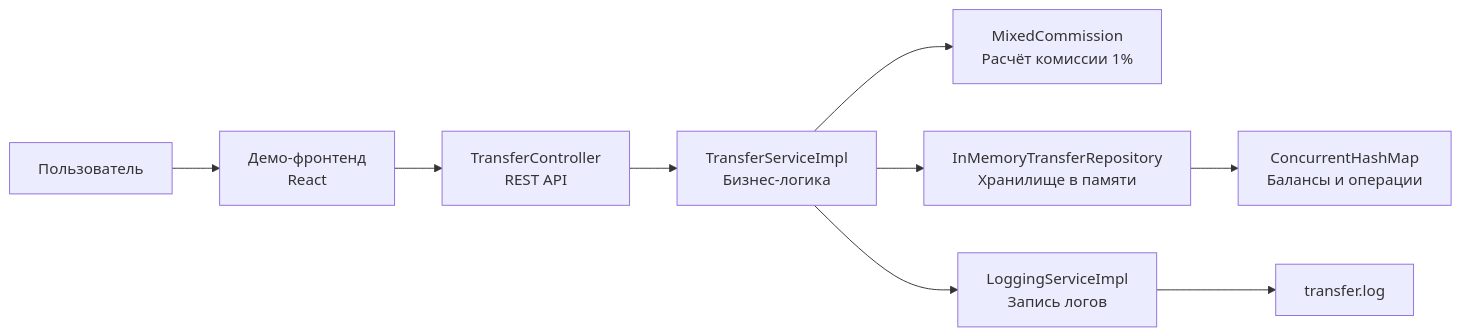
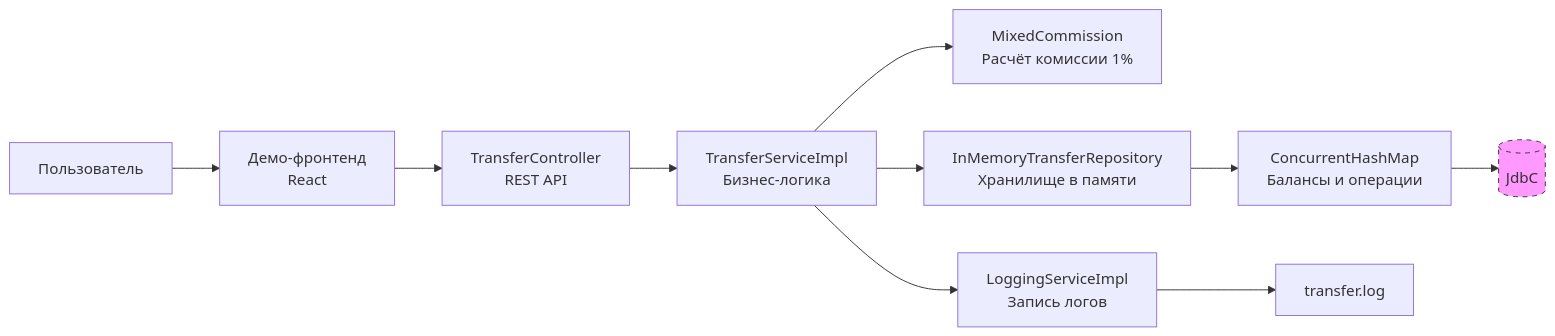
One commit to HeroOJavaAmount/HW_MTSS changed the diagram in README.md. Above: the diagram before and after it, drawn with Mermaid.

````diff
--- a/README.md
+++ b/README.md
@@ -96,11 +96,14 @@
 ```mermaid
 flowchart LR
     A[Пользователь] --> B[Демо-фронтенд<br/>React]
     B --> C[TransferController<br/>REST API]
     C --> D[TransferServiceImpl<br/>Бизнес-логика]
     D --> E[MixedCommission<br/>Расчёт комиссии 1%]
     D --> F[InMemoryTransferRepository<br/>Хранилище в памяти]
     D --> G[LoggingServiceImpl<br/>Запись логов]
     F --> H[ConcurrentHashMap<br/>Балансы и операции]
     G --> I[transfer.log]
+    H --> J[(JdbC)]
+
+    style J fill:#f9f,stroke:#333,stroke-dasharray: 5 5
 ```
````
